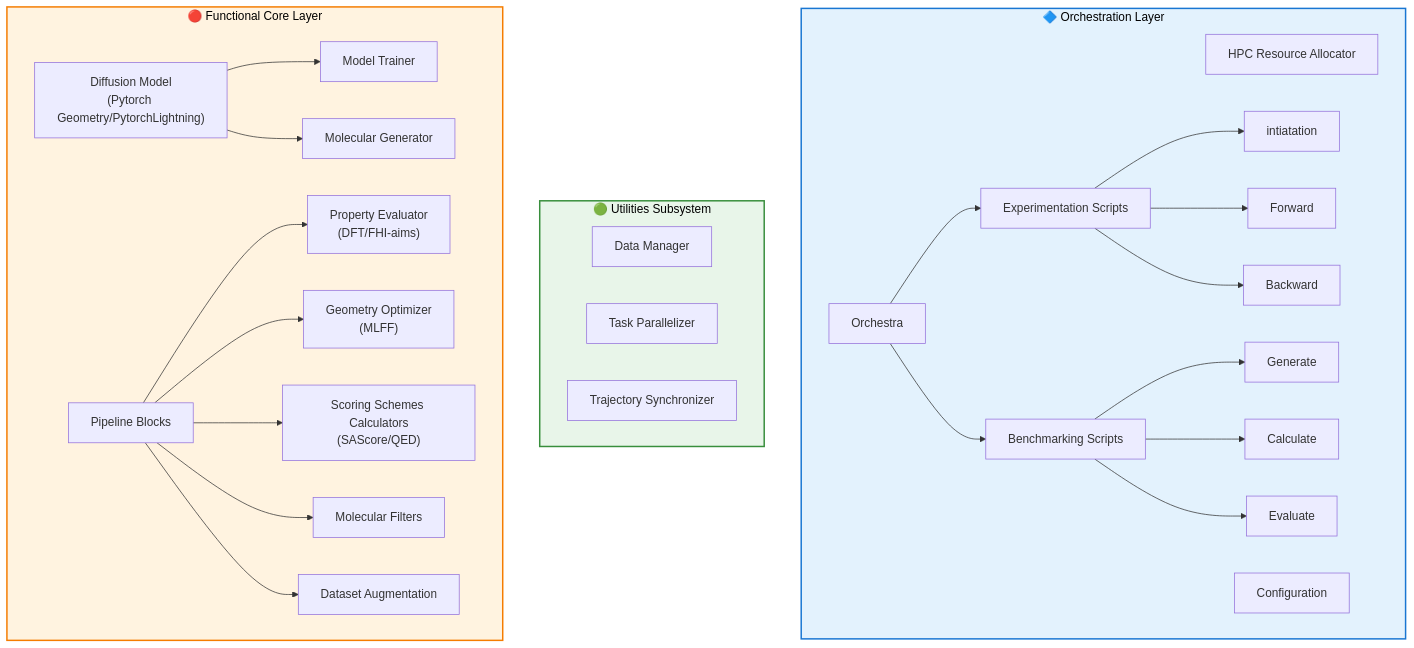
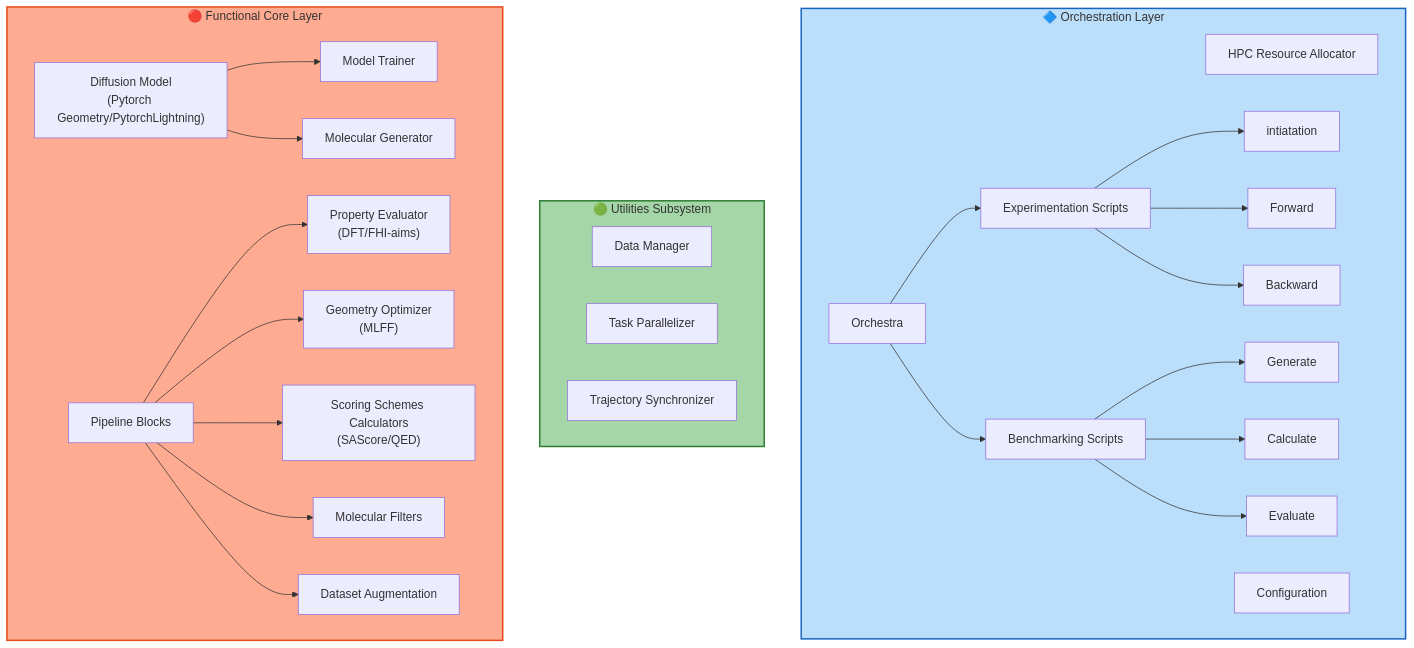
Before and after one commit to lmedranos/qalpa: the second of 2 diagrams in README.md, drawn with Mermaid.

Commit message:
Update styles in README for better visibility

````diff
--- a/README.md
+++ b/README.md
@@ -97,56 +97,56 @@
 ```mermaid
 graph TB
     subgraph orchestration["🔷 Orchestration Layer"]
         hpc["HPC Resource Allocator"]
         config["Configuration"]
         orc["Orchestra"]
         Expsc["Experimentation Scripts"]
         initsc["intiatation"]
         forsc["Forward"]
         bacsc["Backward"]
         Evalsc["Benchmarking Scripts"]
         gensc["Generate"]
         calsc["Calculate"]
         evalsc["Evaluate"]
 
     end
 
     Expsc --> initsc
     Expsc --> forsc
     Expsc --> bacsc
     Evalsc --> gensc
     Evalsc --> calsc
     Evalsc --> evalsc
     orc --> Expsc
     orc --> Evalsc
    
 
     subgraph utilities["🟢 Utilities Subsystem"]
         data["Data Manager"]
         parallel["Task Parallelizer"]
         sync["Trajectory Synchronizer"]
     end
     
     subgraph functional["🔴 Functional Core Layer"]
         Diff["Diffusion Model<br/>(Pytorch Geometry/PytorchLightning)"]
         train["Model Trainer"]
         gen["Molecular Generator"]
         Pipeb["Pipeline Blocks"]
         eval["Property Evaluator<br/>(DFT/FHI-aims)"]
         opt["Geometry Optimizer<br/>(MLFF)"]
         sco["Scoring Schemes Calculators<br/>(SAScore/QED)"]
         sel["Molecular Filters"]
         Aug["Dataset Augmentation"]
     end
     Diff --> train
     Diff --> gen
     Pipeb --> eval
     Pipeb --> opt
     Pipeb --> sco
     Pipeb --> sel
     Pipeb --> Aug
     
-    style orchestration fill:#E3F2FD,stroke:#1976D2,stroke-width: 2px,color:#000
-    style utilities fill:#E8F5E9,stroke:#388E3C,stroke-width: 2px,color:#000
-    style functional fill:#FFF3E0,stroke:#F57C00,stroke-width: 2px,color:#000
+    style orchestration fill:#BBDEFB,stroke:#1565C0,stroke-width:2px
+    style utilities fill:#A5D6A7,stroke:#2E7D32,stroke-width:2px
+    style functional fill:#FFAB91,stroke:#E64A19,stroke-width:2px
 ```
````
